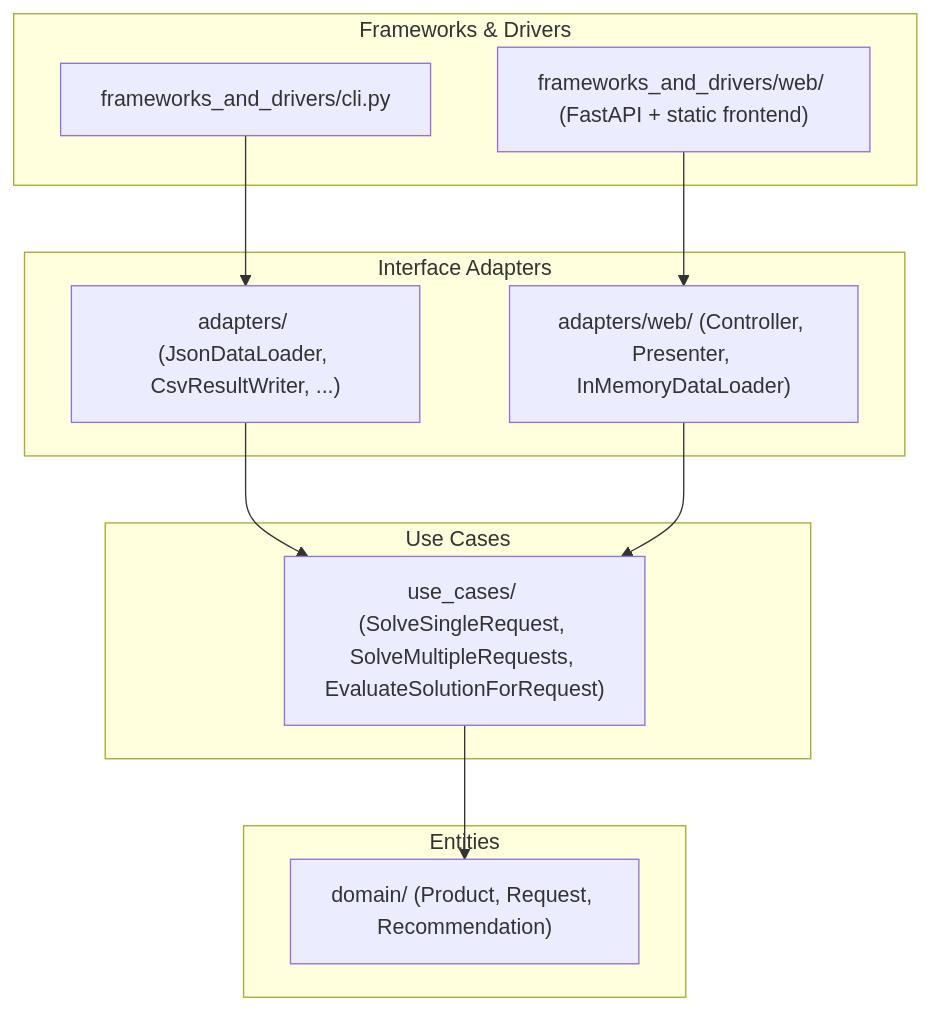
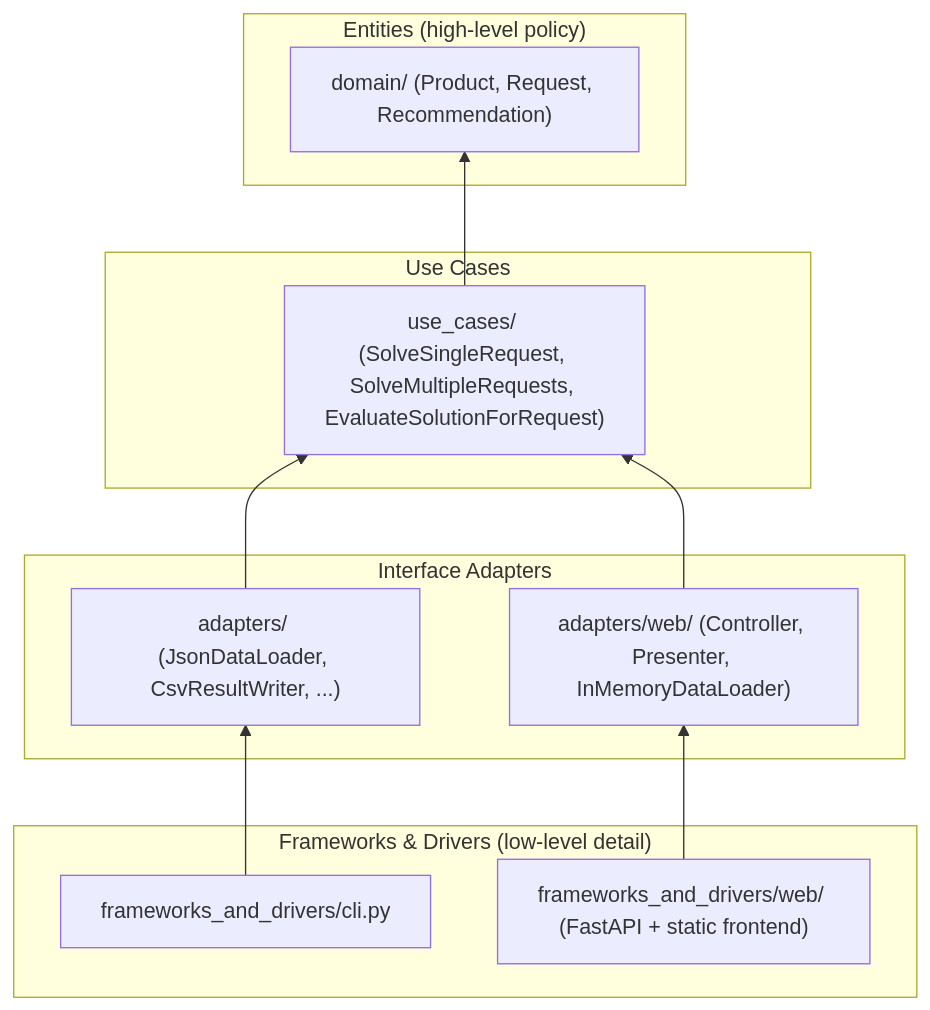
One commit to fjzs/sefop-python-advanced changed the diagram in README.md. Above: the diagram before and after it, drawn with Mermaid. The commit also changed other lines of this file, not shown here.

````diff
--- a/README.md
+++ b/README.md
@@ -98,23 +102,23 @@
 ```mermaid
-flowchart TD
-    subgraph FD["Frameworks & Drivers"]
-        CLI["frameworks_and_drivers/cli.py"]
-        WEB["frameworks_and_drivers/web/ (FastAPI + static frontend)"]
+flowchart BT
+    subgraph EN["Entities (high-level policy)"]
+        DOMAIN["domain/ (Product, Request, Recommendation)"]
+    end
+    subgraph UC["Use Cases"]
+        USECASES["use_cases/ (SolveSingleRequest, SolveMultipleRequests, EvaluateSolutionForRequest)"]
     end
     subgraph IA["Interface Adapters"]
         ADAPTERS["adapters/ (JsonDataLoader, CsvResultWriter, ...)"]
         WEBADAPT["adapters/web/ (Controller, Presenter, InMemoryDataLoader)"]
     end
-    subgraph UC["Use Cases"]
-        USECASES["use_cases/ (SolveSingleRequest, SolveMultipleRequests, EvaluateSolutionForRequest)"]
-    end
-    subgraph EN["Entities"]
-        DOMAIN["domain/ (Product, Request, Recommendation)"]
+    subgraph FD["Frameworks & Drivers (low-level detail)"]
+        CLI["frameworks_and_drivers/cli.py"]
+        WEB["frameworks_and_drivers/web/ (FastAPI + static frontend)"]
     end
 
     CLI --> ADAPTERS
     WEB --> WEBADAPT
     ADAPTERS --> USECASES
     WEBADAPT --> USECASES
     USECASES --> DOMAIN
 ```
````
